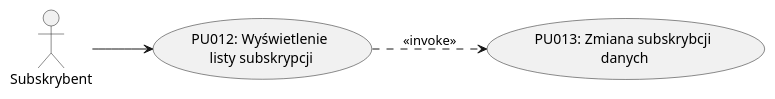
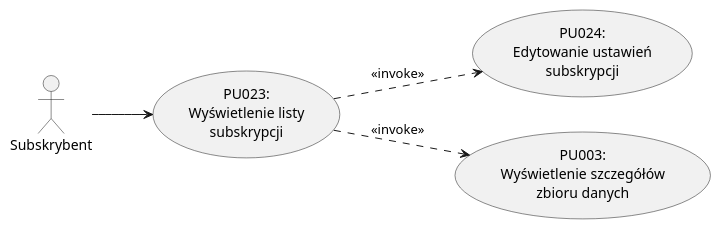
Before and after one commit to kokolodziejska/IWO: the ninth of 13 diagrams in dokumentacja.md, drawn with PlantUML. The commit also changed other lines of this file and 2 other files, not shown here.

````diff
--- a/dokumentacja.md
+++ b/dokumentacja.md
@@ -1352,14 +1377,16 @@
   ```puml
   @startuml Subskrybent
   left to right direction
 
-  actor "Subskrybent" as User
+  actor "Subskrybent" as U
 
-  usecase "PU012: Wyświetlenie\n listy subskrypcji" as UC1
-  usecase "PU013: Zmiana subskrybcji\n danych" as UC2
+  usecase "PU023:\nWyświetlenie listy\nsubskrypcji" as PU023
+  usecase "PU024:\nEdytowanie ustawień\nsubskrypcji" as PU024
+  usecase "PU003:\nWyświetlenie szczegółów\nzbioru danych" as PU003
 
-  User --> UC1
-  UC1 ..> UC2 : <<invoke>>
+  U --> PU023
+  PU023 ..> PU024 : <<invoke>>
+  PU023 ..> PU003 : <<invoke>>
 
   @enduml
   ```
````
